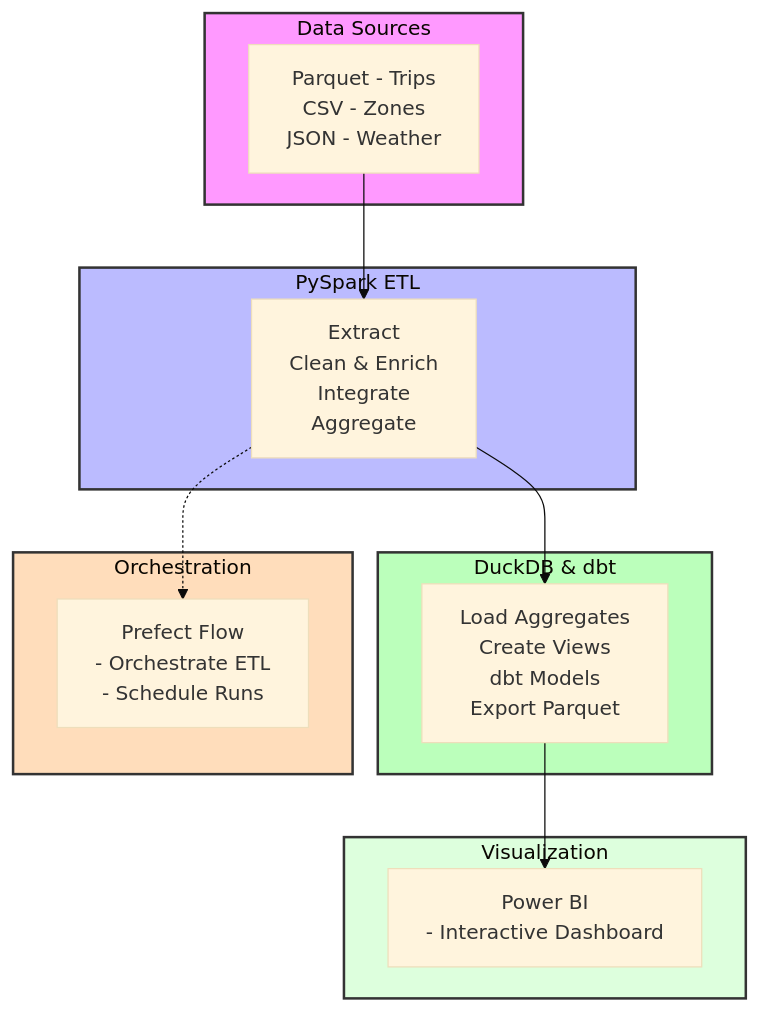
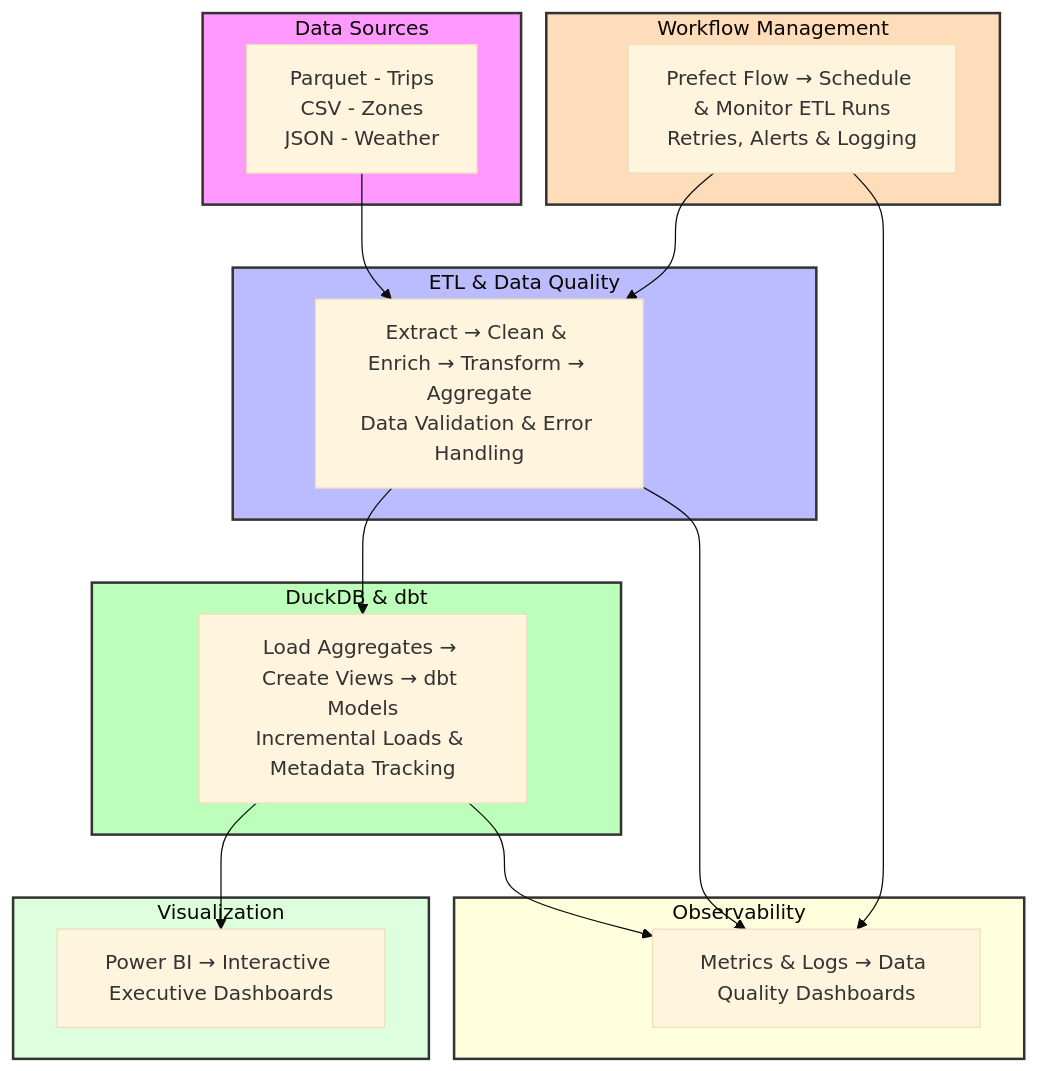
One commit to Saronzeleke/ETl_pipline_with_pyspark changed the diagram in README.md. Above: the diagram before and after it, drawn with Mermaid (base theme). The commit also changed other lines of this file and 2 other files, not shown here.

````diff
--- a/README.md
+++ b/README.md
@@ -23,30 +23,45 @@
 ```mermaid
 graph TD
     %% Define Nodes
     subgraph Sources [Data Sources]
         DS[Parquet - Trips<br/>CSV - Zones<br/>JSON - Weather]
     end
-    subgraph Processing [PySpark ETL]
-        ETL[Extract<br/>Clean & Enrich<br/>Integrate<br/>Aggregate]
+
+    subgraph Processing [ETL & Data Quality]
+        ETL[Extract → Clean & Enrich → Transform → Aggregate<br/>Data Validation & Error Handling]
     end
+
     subgraph Storage [DuckDB & dbt]
-        DBT[Load Aggregates<br/>Create Views<br/>dbt Models<br/>Export Parquet]
+        DBT[Load Aggregates → Create Views → dbt Models<br/>Incremental Loads & Metadata Tracking]
     end
-    subgraph Orchestration [Orchestration]
-        PRE[Prefect Flow<br/>- Orchestrate ETL<br/>- Schedule Runs]
+
+    subgraph Orchestration [Workflow Management]
+        PRE[Prefect Flow → Schedule & Monitor ETL Runs<br/>Retries, Alerts & Logging]
     end
+
+    subgraph Monitoring [Observability]
+        MON[Metrics & Logs → Data Quality Dashboards]
+    end
+
     subgraph Analytics [Visualization]
-        PBI[Power BI<br/>- Interactive Dashboard]
+        PBI[Power BI → Interactive Executive Dashboards]
     end
+
     %% Connections
     DS --> ETL
     ETL --> DBT
-    ETL -.-> PRE
+    PRE --> ETL
     DBT --> PBI
+    ETL --> MON
+    PRE --> MON
+    DBT --> MON
+
     %% Styling
     style Sources fill:#f9f,stroke:#333,stroke-width:2px
     style Processing fill:#bbf,stroke:#333,stroke-width:2px
     style Storage fill:#bfb,stroke:#333,stroke-width:2px
     style Orchestration fill:#fdb,stroke:#333,stroke-width:2px
+    style Monitoring fill:#ffd,stroke:#333,stroke-width:2px
     style Analytics fill:#dfd,stroke:#333,stroke-width:2px
+
 ```
````
